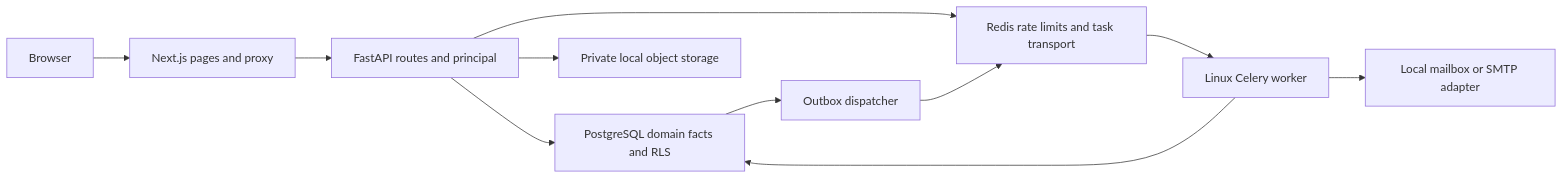
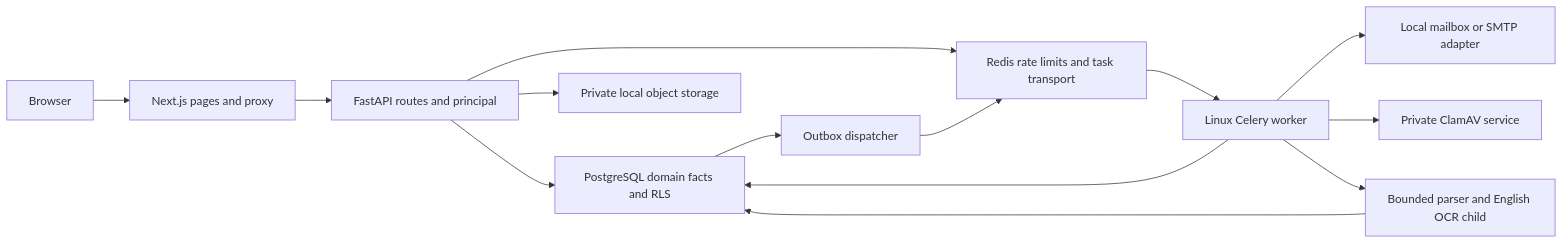
Before and after one commit to alokgupta001/AI-project-portfolio-manager: the diagram in docs/01-architecture/SYSTEM_ARCHITECTURE.md, drawn with Mermaid. The commit also changed other lines of this file and 435 other files, not shown here.

````diff
--- a/docs/01-architecture/SYSTEM_ARCHITECTURE.md
+++ b/docs/01-architecture/SYSTEM_ARCHITECTURE.md
@@ -5,13 +5,16 @@
 ```mermaid
 flowchart LR
     Browser --> Next[Next.js pages and proxy]
     Next --> API[FastAPI routes and principal]
     API --> DB[PostgreSQL domain facts and RLS]
     API --> Store[Private local object storage]
     API --> Redis[Redis rate limits and task transport]
     DB --> Dispatch[Outbox dispatcher]
     Dispatch --> Redis
     Redis --> Worker[Linux Celery worker]
     Worker --> DB
     Worker --> Mail[Local mailbox or SMTP adapter]
+    Worker --> Scanner[Private ClamAV service]
+    Worker --> Parser[Bounded parser and English OCR child]
+    Parser --> DB
 ```
````
